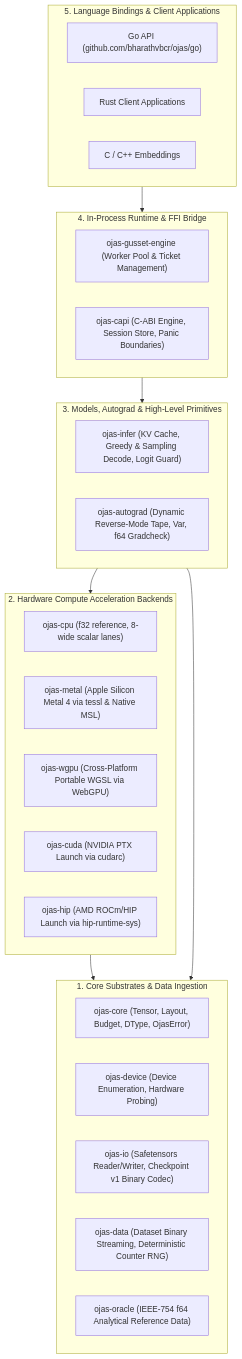
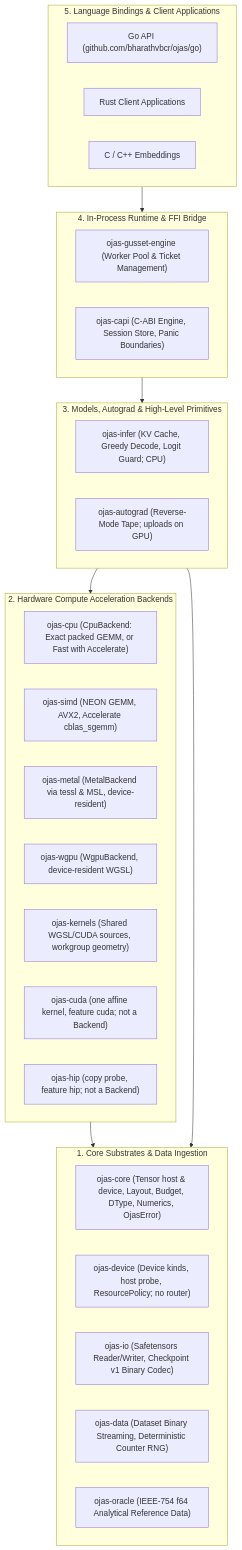
One commit to bharathvbcr/ojas changed the second of 8 diagrams in docs/architecture.md. Above: the diagram before and after it, drawn with Mermaid. The commit also changed other lines of this file and 341 other files, not shown here.

````diff
--- a/docs/architecture.md
+++ b/docs/architecture.md
@@ -28,40 +33,42 @@
 ```mermaid
 flowchart TD
     subgraph Layer5["5. Language Bindings & Client Applications"]
         GoPkg["Go API (github.com/bharathvbcr/ojas/go)"]
         RustApps["Rust Client Applications"]
         ForeignHost["C / C++ Embeddings"]
     end
 
     subgraph Layer4["4. In-Process Runtime & FFI Bridge"]
         Gusset["ojas-gusset-engine (Worker Pool & Ticket Management)"]
         CAPI["ojas-capi (C-ABI Engine, Session Store, Panic Boundaries)"]
     end
 
     subgraph Layer3["3. Models, Autograd & High-Level Primitives"]
-        Infer["ojas-infer (KV Cache, Greedy & Sampling Decode, Logit Guard)"]
-        Autograd["ojas-autograd (Dynamic Reverse-Mode Tape, Var, f64 Gradcheck)"]
+        Infer["ojas-infer (KV Cache, Greedy Decode, Logit Guard; CPU)"]
+        Autograd["ojas-autograd (Reverse-Mode Tape; uploads on GPU)"]
     end
 
     subgraph Layer2["2. Hardware Compute Acceleration Backends"]
-        CPU["ojas-cpu (f32 reference, 8-wide scalar lanes)"]
-        Metal["ojas-metal (Apple Silicon Metal 4 via tessl & Native MSL)"]
-        WGPU["ojas-wgpu (Cross-Platform Portable WGSL via WebGPU)"]
-        CUDA["ojas-cuda (NVIDIA PTX Launch via cudarc)"]
-        HIP["ojas-hip (AMD ROCm/HIP Launch via hip-runtime-sys)"]
+        CPU["ojas-cpu (CpuBackend: Exact packed GEMM, or Fast with Accelerate)"]
+        SIMD["ojas-simd (NEON GEMM, AVX2, Accelerate cblas_sgemm)"]
+        Metal["ojas-metal (MetalBackend via tessl & MSL, device-resident)"]
+        WGPU["ojas-wgpu (WgpuBackend, device-resident WGSL)"]
+        Kernels["ojas-kernels (Shared WGSL/CUDA sources, workgroup geometry)"]
+        CUDA["ojas-cuda (one affine kernel, feature cuda; not a Backend)"]
+        HIP["ojas-hip (copy probe, feature hip; not a Backend)"]
     end
 
     subgraph Layer1["1. Core Substrates & Data Ingestion"]
-        Core["ojas-core (Tensor, Layout, Budget, DType, OjasError)"]
-        Device["ojas-device (Device Enumeration, Hardware Probing)"]
+        Core["ojas-core (Tensor host & device, Layout, Budget, DType, Numerics, OjasError)"]
+        Device["ojas-device (Device kinds, host probe, ResourcePolicy; no router)"]
         IO["ojas-io (Safetensors Reader/Writer, Checkpoint v1 Binary Codec)"]
         Data["ojas-data (Dataset Binary Streaming, Deterministic Counter RNG)"]
         Oracle["ojas-oracle (IEEE-754 f64 Analytical Reference Data)"]
     end
 
     Layer5 --> Layer4
     Layer4 --> Layer3
     Layer3 --> Layer2
     Layer2 --> Layer1
     Layer3 --> Layer1
 ```
````
